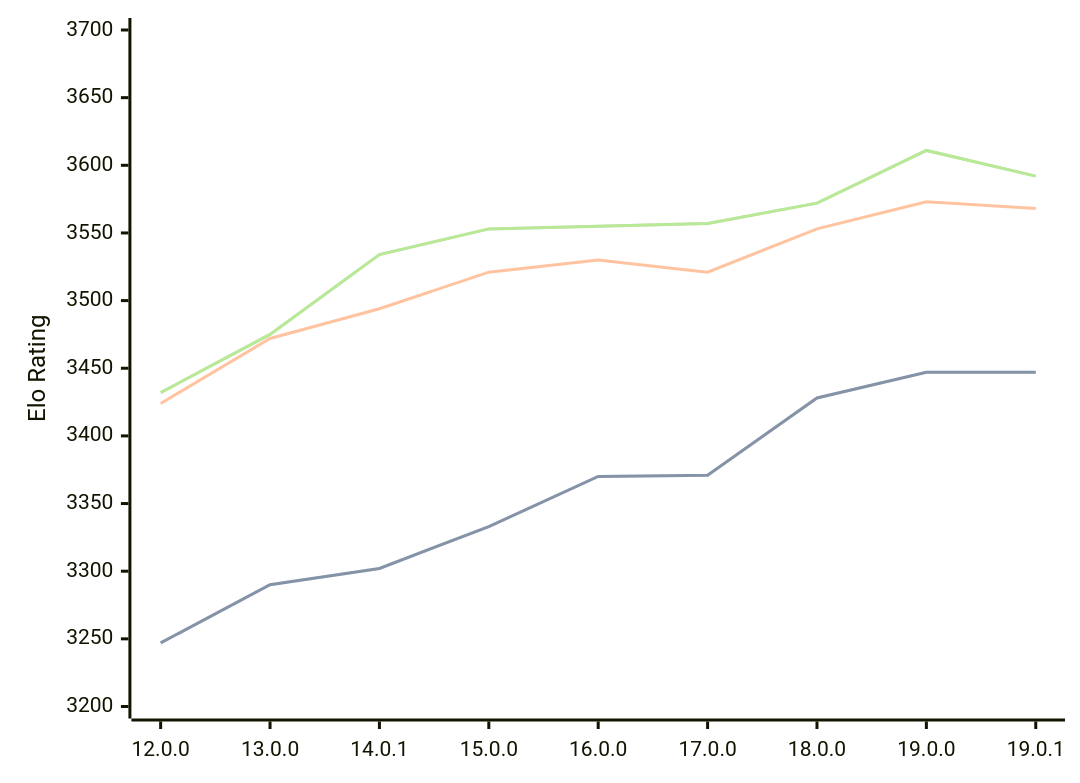
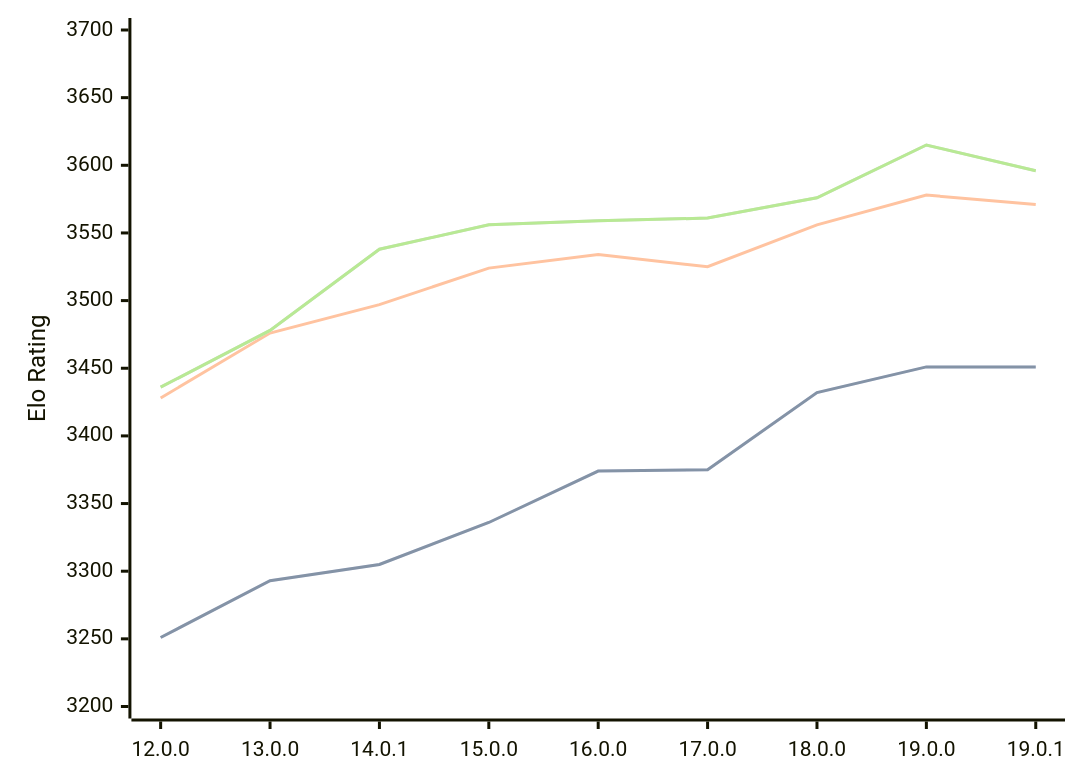
One commit to computer-chess-index/cci changed the diagram in engines/Viridithas.md. Above: the diagram before and after it, drawn with Mermaid. The commit also changed other lines of this file, not shown here.

Commit message:
Update CCI Ratings (ELO VLTC) - 2026-05-02

````diff
--- a/engines/Viridithas.md
+++ b/engines/Viridithas.md
@@ -63,11 +63,11 @@
 ```mermaid
 %%{init: {"theme":"base","themeVariables":{"seriesColors:['#a3a3a3','#222221','#faa371']}}}%%
 xychart-beta
   x-axis ["12.0.0", "13.0.0", "14.0.1", "15.0.0", "16.0.0", "17.0.0", "18.0.0", "19.0.0", "19.0.1"]
   y-axis "Elo Rating" 3200 --> 3700
-  line "STC (8.0+0.08s)" [3247, 3290, 3302, 3333, 3370, 3371, 3428, 3447, 3447]
-  line "STC (8.0+0.08s)" [3247, 3290, 3302, 3333, 3370, 3371, 3428, 3447, 3447]
-  line "LTC (60.0+0.60s)" [3424, 3472, 3494, 3521, 3530, 3521, 3553, 3573, 3568]
-  line "VLTC (2m24s+1.12s)" [3432, 3475, 3534, 3553, 3555, 3557, 3572, 3611, 3592]
-  line "VLTC (2m24s+1.12s)" [3432, 3475, 3534, 3553, 3555, 3557, 3572, 3611, 3592]
+  line "STC (8.0+0.08s)" [3251, 3293, 3305, 3336, 3374, 3375, 3432, 3451, 3451]
+  line "STC (8.0+0.08s)" [3251, 3293, 3305, 3336, 3374, 3375, 3432, 3451, 3451]
+  line "LTC (60.0+0.60s)" [3428, 3476, 3497, 3524, 3534, 3525, 3556, 3578, 3571]
+  line "VLTC (2m24s+1.12s)" [3436, 3478, 3538, 3556, 3559, 3561, 3576, 3615, 3596]
+  line "VLTC (2m24s+1.12s)" [3436, 3478, 3538, 3556, 3559, 3561, 3576, 3615, 3596]
 ```
````
